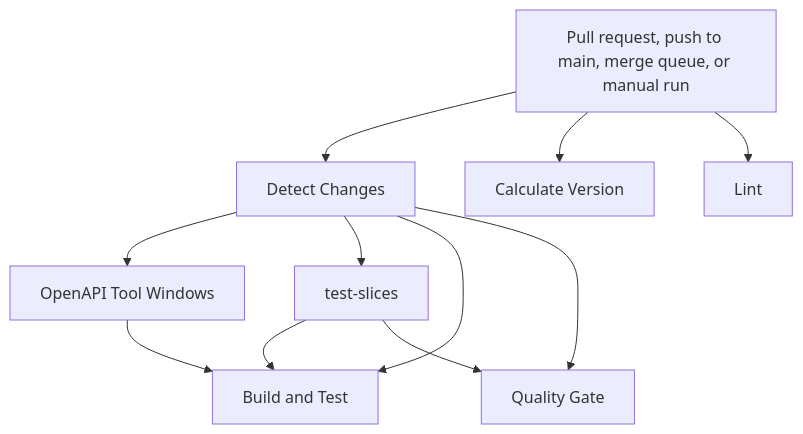
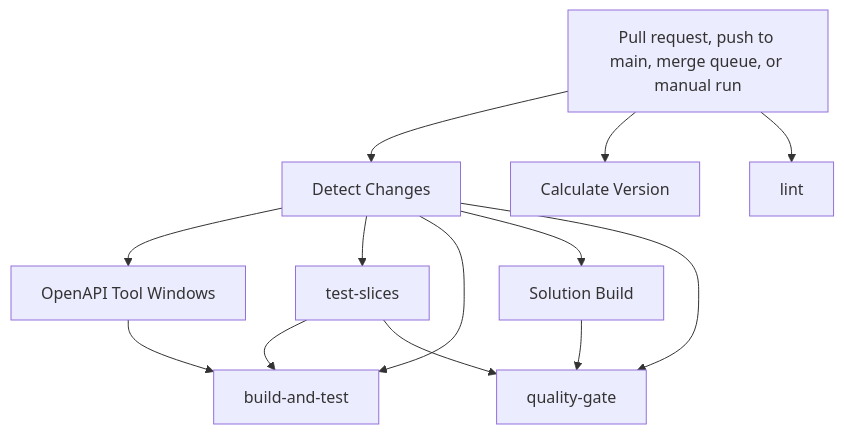
The first of 3 diagrams in docs/architecture/ci-validation-flows.md (danigutsch/ViajantesTurismo), drawn with Mermaid before and after one commit. The commit also changed other lines of this file and 10 other files, not shown here.

````diff
--- a/docs/architecture/ci-validation-flows.md
+++ b/docs/architecture/ci-validation-flows.md
@@ -19,21 +19,24 @@
 ```mermaid
 flowchart TB
     trigger[Pull request, push to main, merge queue, or manual run]
     detect_changes[Detect Changes]
     calculate_version[Calculate Version]
     openapi_tool_windows[OpenAPI Tool Windows]
     test_slices[test-slices]
-    build_and_test[Build and Test]
-    quality_gate[Quality Gate]
-    lint[Lint]
+    build_and_test[build-and-test]
+    solution_build[Solution Build]
+    quality_gate[quality-gate]
+    lint[lint]
     trigger --> detect_changes
     trigger --> calculate_version
     detect_changes --> openapi_tool_windows
     detect_changes --> test_slices
     detect_changes --> build_and_test
     test_slices --> build_and_test
     openapi_tool_windows --> build_and_test
+    detect_changes --> solution_build
     detect_changes --> quality_gate
     test_slices --> quality_gate
+    solution_build --> quality_gate
     trigger --> lint
 ```
````
